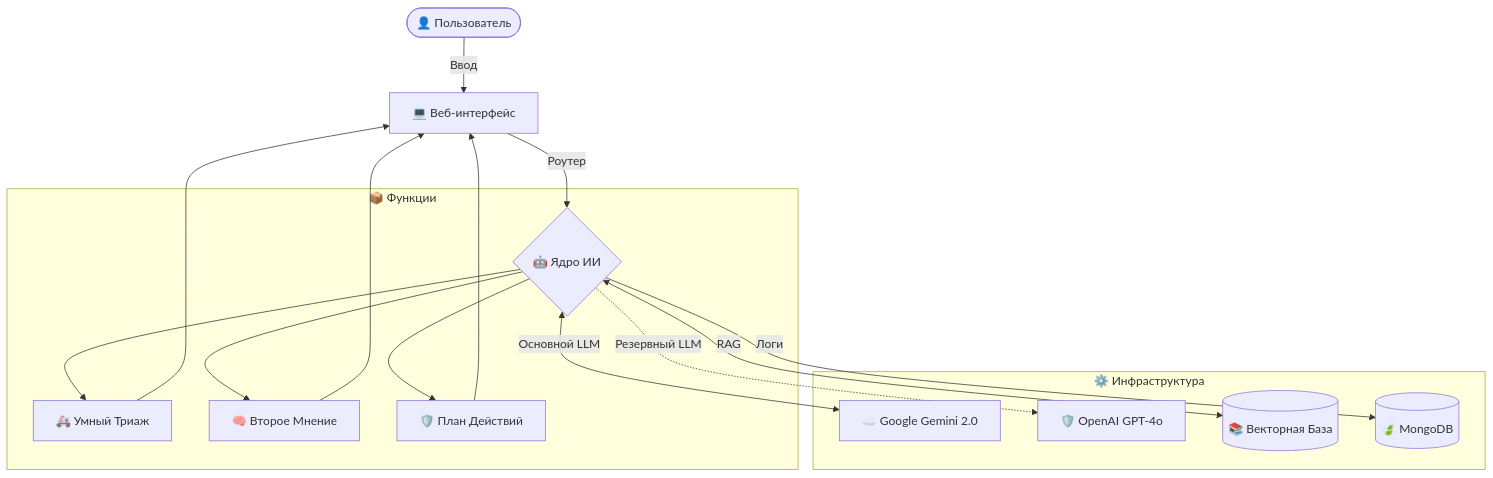
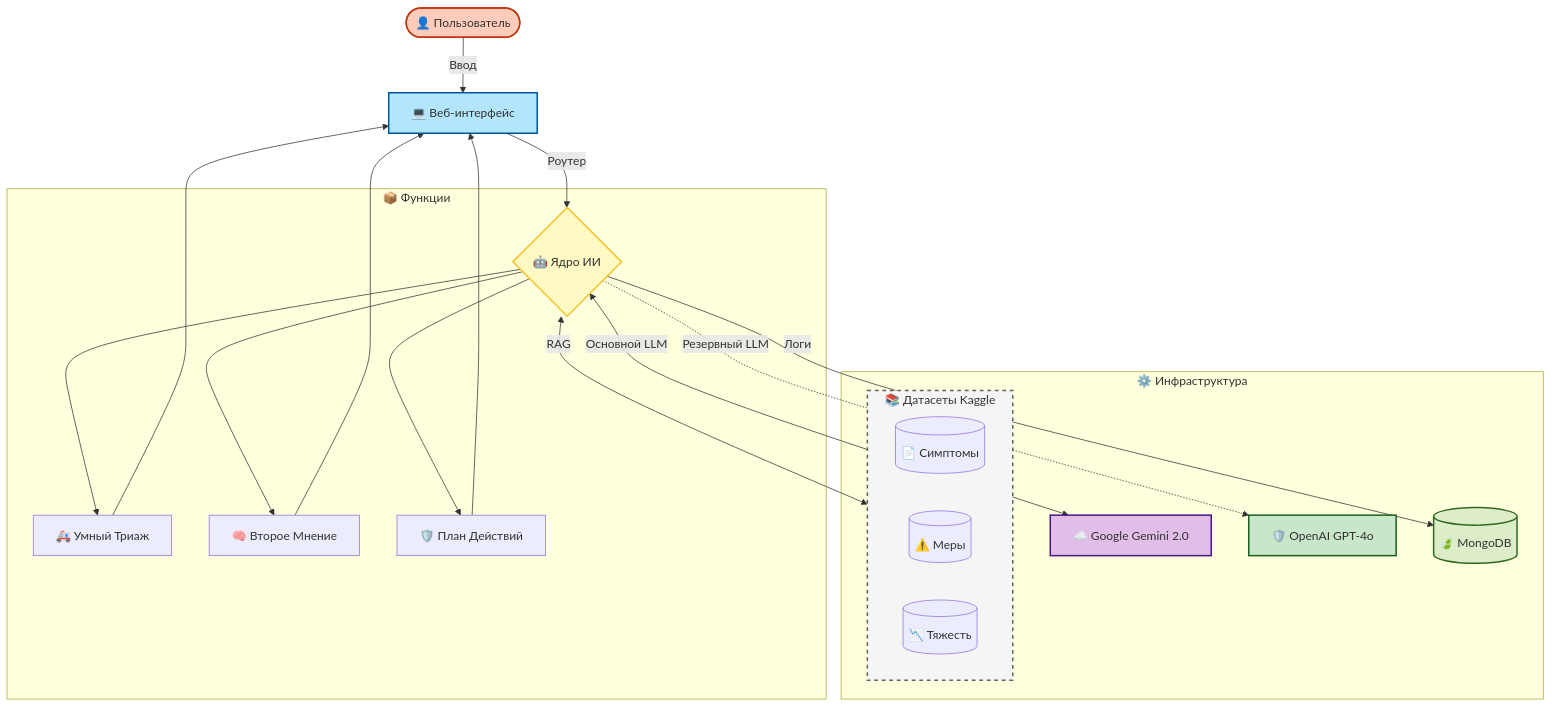
Before and after one commit to Adam-Blf/Projet-IA-Generative-Doctis-AI-mo: the sixth of 8 diagrams in README.md, drawn with Mermaid. The commit also changed other lines of this file, not shown here.

Commit message:
Docs: Update Mermaid diagrams with specific datasets and colors

````diff
--- a/README.md
+++ b/README.md
@@ -432,20 +502,34 @@
 ```mermaid
 graph TD
     User([👤 Пользователь]) -->|Ввод| UI[💻 Веб-интерфейс];
     UI -->|Роутер| Agent{🤖 Ядро ИИ};
     
     subgraph Modules [📦 Функции]
         Agent --> Triage[🚑 Умный Триаж];
         Agent --> SecondOp[🧠 Второе Мнение];
         Agent --> Plan[🛡️ План Действий];
     end
 
+    subgraph Data [📚 Датасеты Kaggle]
+        D1[(📄 Симптомы)];
+        D2[(⚠️ Меры)];
+        D3[(📉 Тяжесть)];
+    end
+
     subgraph Backend [⚙️ Инфраструктура]
         Agent <-->|Основной LLM| Gemini[☁️ Google Gemini 2.0];
         Agent -.->|Резервный LLM| GPT[🛡️ OpenAI GPT-4o];
-        Agent <-->|RAG| DB[(📚 Векторная База)];
+        Agent <-->|RAG| Data;
         Agent -->|Логи| Mongo[(🍃 MongoDB)];
     end
     
     Triage & SecondOp & Plan --> UI;
+    
+    style User fill:#ffccbc,stroke:#bf360c,stroke-width:2px;
+    style UI fill:#b3e5fc,stroke:#01579b,stroke-width:2px;
+    style Agent fill:#fff9c4,stroke:#fbc02d,stroke-width:2px;
+    style Gemini fill:#e1bee7,stroke:#4a148c,stroke-width:2px;
+    style GPT fill:#c8e6c9,stroke:#1b5e20,stroke-width:2px;
+    style Mongo fill:#dcedc8,stroke:#33691e,stroke-width:2px;
+    style Data fill:#f5f5f5,stroke:#616161,stroke-width:2px,stroke-dasharray: 5 5;
 ```
````
